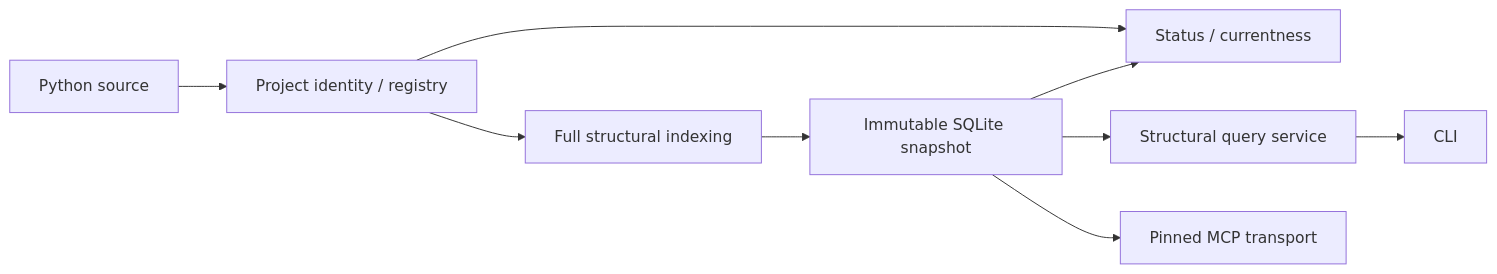
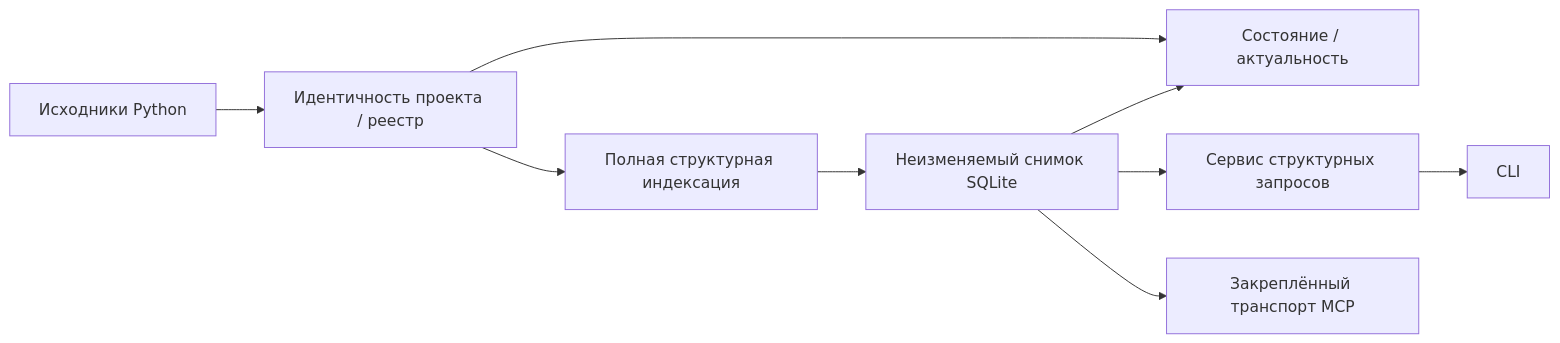
Before and after one commit to Vkuvalin/project-kb: the diagram in README.md, drawn with Mermaid. The commit also changed other lines of this file and 6 other files, not shown here.

````diff
--- a/README.md
+++ b/README.md
@@ -91,11 +91,11 @@
 ```mermaid
 flowchart LR
-    Source["Python source"] --> Identity["Project identity / registry"]
-    Identity --> Indexing["Full structural indexing"]
-    Indexing --> Snapshot["Immutable SQLite snapshot"]
-    Identity --> Status["Status / currentness"]
+    Source["Исходники Python"] --> Identity["Идентичность проекта / реестр"]
+    Identity --> Indexing["Полная структурная индексация"]
+    Indexing --> Snapshot["Неизменяемый снимок SQLite"]
+    Identity --> Status["Состояние / актуальность"]
     Snapshot --> Status
-    Snapshot --> Query["Structural query service"]
+    Snapshot --> Query["Сервис структурных запросов"]
     Query --> CLI["CLI"]
-    Snapshot --> MCP["Pinned MCP transport"]
+    Snapshot --> MCP["Закреплённый транспорт MCP"]
 ```
````
